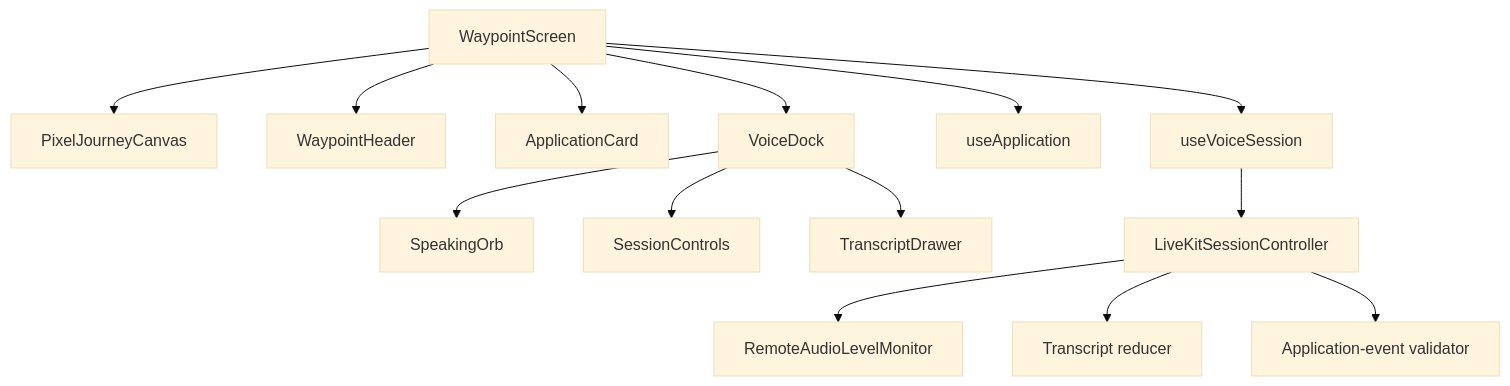
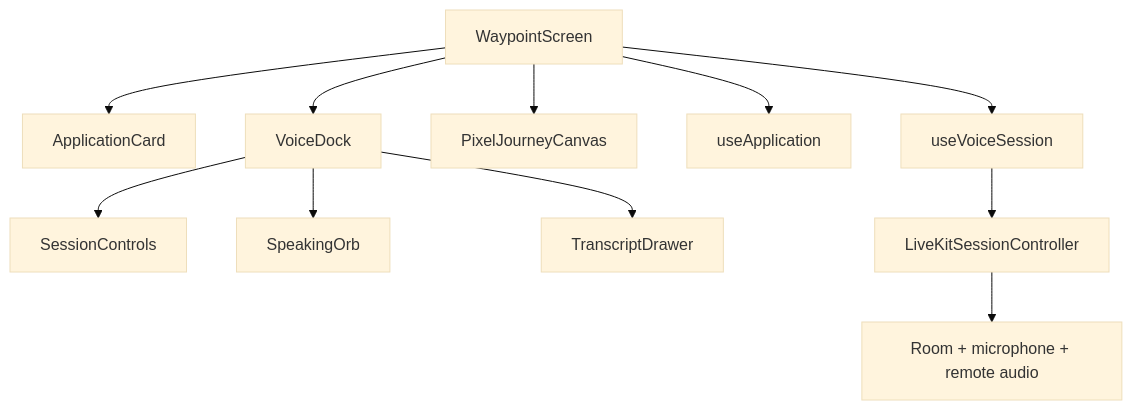
One commit to Parth-Bisht-227/waypoint-voice-ai changed the fourth of 8 diagrams in docs/ARCHITECTURE.md. Above: the diagram before and after it, drawn with Mermaid (base theme). The commit also changed other lines of this file and 6 other files, not shown here.

````diff
--- a/docs/ARCHITECTURE.md
+++ b/docs/ARCHITECTURE.md
@@ -118,18 +131,14 @@
-```mermaid
+~~~mermaid
 flowchart TB
     Screen[WaypointScreen]
-    Screen --> Canvas[PixelJourneyCanvas]
-    Screen --> Header[WaypointHeader]
     Screen --> Card[ApplicationCard]
     Screen --> Dock[VoiceDock]
+    Screen --> Canvas[PixelJourneyCanvas]
+    Dock --> Controls[SessionControls]
     Dock --> Orb[SpeakingOrb]
-    Dock --> Controls[SessionControls]
-    Dock --> Drawer[TranscriptDrawer]
-
+    Dock --> Transcript[TranscriptDrawer]
     Screen --> AppHook[useApplication]
     Screen --> VoiceHook[useVoiceSession]
     VoiceHook --> Controller[LiveKitSessionController]
-    Controller --> Level[RemoteAudioLevelMonitor]
-    Controller --> Transcript[Transcript reducer]
-    Controller --> Signal[Application-event validator]
-```
+    Controller --> Room[Room + microphone + remote audio]
+~~~
````
